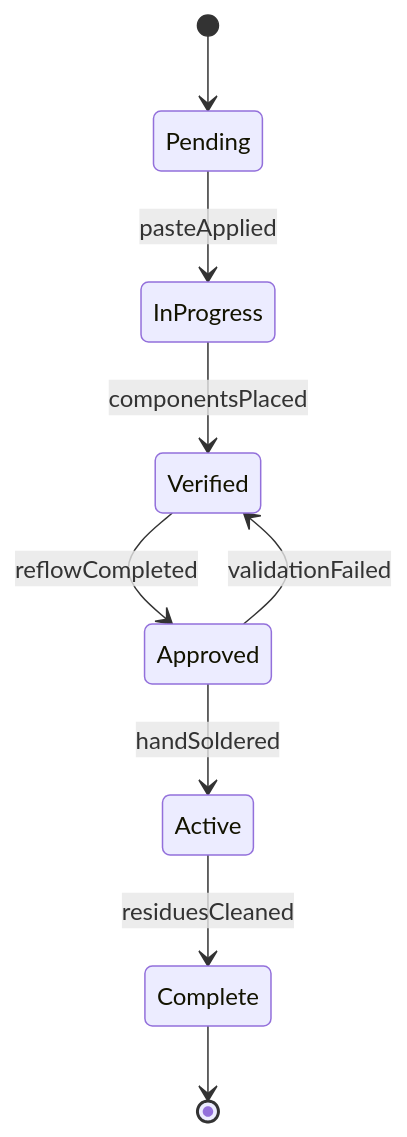
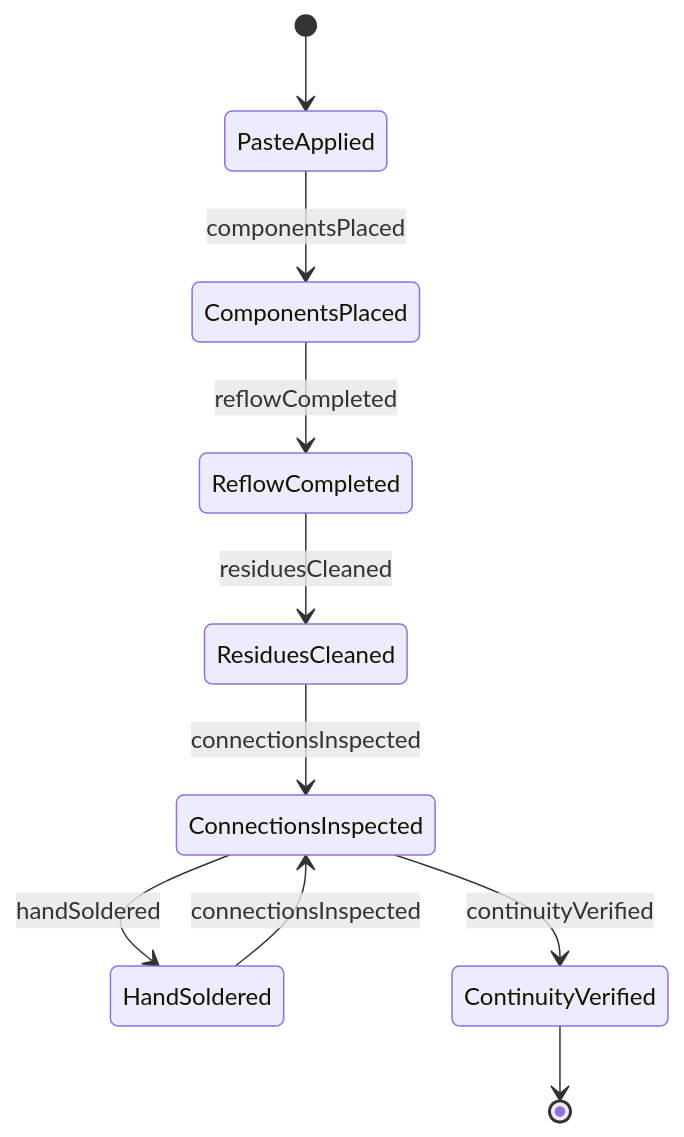
Before and after one commit to dot-org-ai/tasks.org.ai: the second of 4 diagrams in HandlingAndMovingObjects/JoinPartsUsingSolderingWeldingOrBrazingTechniques/SolderPartsConnectionsBetweenParts.mdx, drawn with Mermaid. The commit also changed other lines of this file and 515 other files, not shown here.

````diff
--- a/HandlingAndMovingObjects/JoinPartsUsingSolderingWeldingOrBrazingTechniques/SolderPartsConnectionsBetweenParts.mdx
+++ b/HandlingAndMovingObjects/JoinPartsUsingSolderingWeldingOrBrazingTechniques/SolderPartsConnectionsBetweenParts.mdx
@@ -98,11 +98,12 @@
 ```mermaid
 stateDiagram-v2
-    [*] --> Pending
-    Pending --> InProgress : pasteApplied
-    InProgress --> Verified : componentsPlaced
-    Verified --> Approved : reflowCompleted
-    Approved --> Active : handSoldered
-    Active --> Complete : residuesCleaned
-    Approved --> Verified : validationFailed
-    Complete --> [*]
+    [*] --> PasteApplied
+    PasteApplied --> ComponentsPlaced : componentsPlaced
+    ComponentsPlaced --> ReflowCompleted : reflowCompleted
+    ReflowCompleted --> ResiduesCleaned : residuesCleaned
+    ResiduesCleaned --> ConnectionsInspected : connectionsInspected
+    ConnectionsInspected --> HandSoldered : handSoldered
+    HandSoldered --> ConnectionsInspected : connectionsInspected
+    ConnectionsInspected --> ContinuityVerified : continuityVerified
+    ContinuityVerified --> [*]
 ```
````
